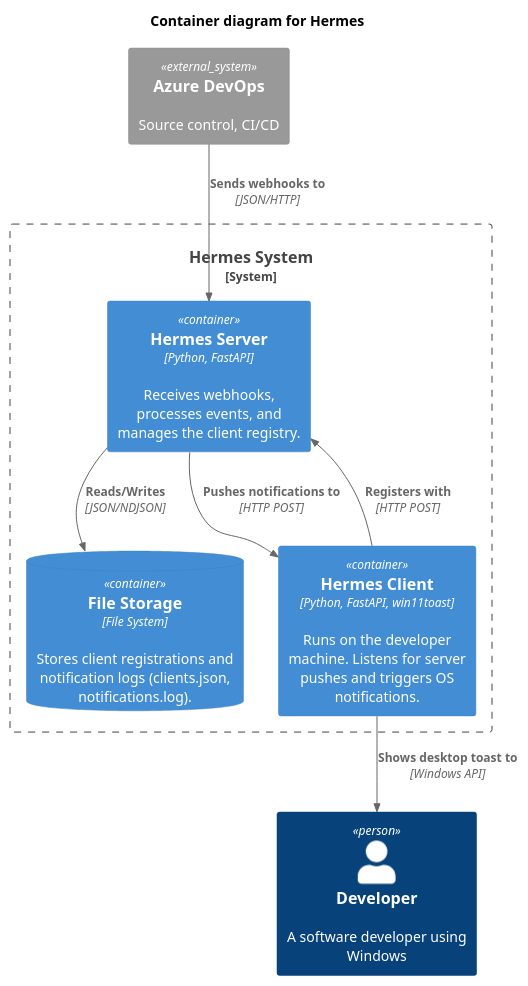
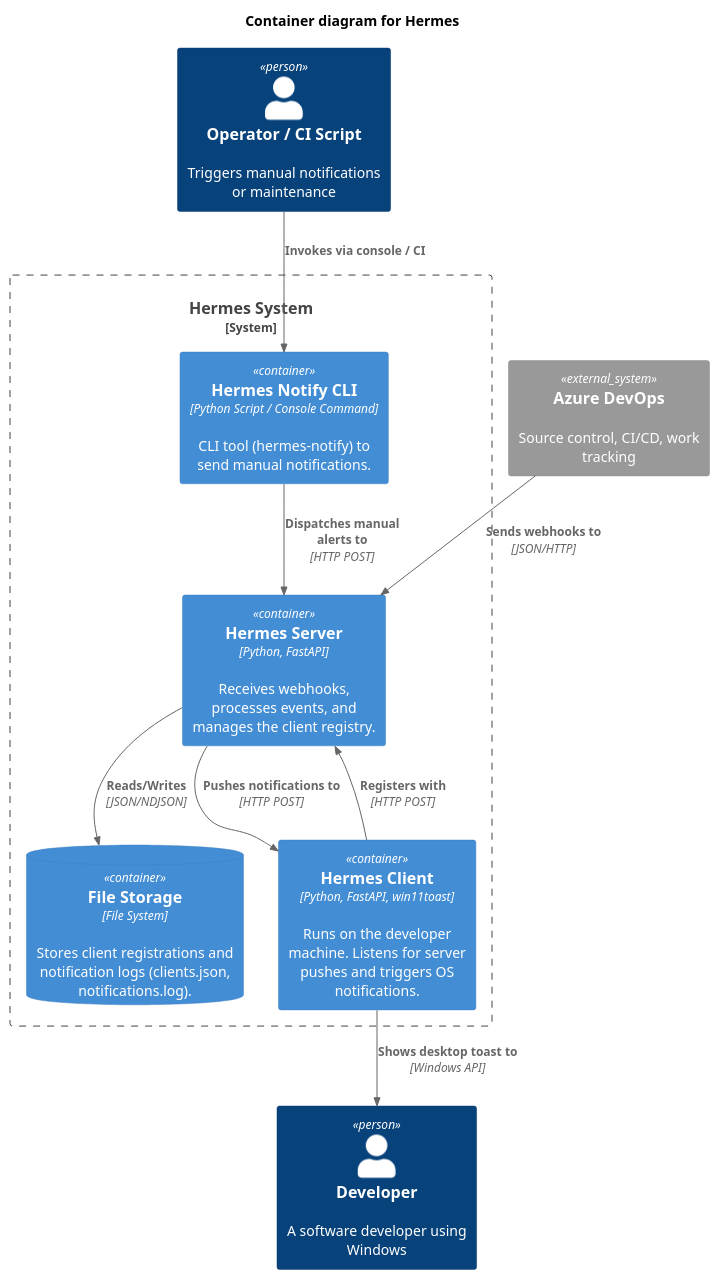
The diagram in design/container.puml (dcollison/hermes), drawn with PlantUML before and after one commit. The commit also changed 28 other files, not shown here.

```diff
--- a/design/container.puml
+++ b/design/container.puml
@@ -1,20 +1,24 @@
 @startuml
 !include https://raw.githubusercontent.com/plantuml-stdlib/C4-PlantUML/master/C4_Container.puml
 
 title Container diagram for Hermes
 
 Person(dev, "Developer", "A software developer using Windows")
-System_Ext(ado, "Azure DevOps", "Source control, CI/CD")
+Person(operator, "Operator / CI Script", "Triggers manual notifications or maintenance")
+System_Ext(ado, "Azure DevOps", "Source control, CI/CD, work tracking")
 
 System_Boundary(hermes, "Hermes System") {
     Container(server, "Hermes Server", "Python, FastAPI", "Receives webhooks, processes events, and manages the client registry.")
     ContainerDb(db, "File Storage", "File System", "Stores client registrations and notification logs (clients.json, notifications.log).")
     Container(client, "Hermes Client", "Python, FastAPI, win11toast", "Runs on the developer machine. Listens for server pushes and triggers OS notifications.")
+    Container(cli, "Hermes Notify CLI", "Python Script / Console Command", "CLI tool (hermes-notify) to send manual notifications.")
 }
 
 Rel(ado, server, "Sends webhooks to", "JSON/HTTP")
 Rel(server, db, "Reads/Writes", "JSON/NDJSON")
 Rel(client, server, "Registers with", "HTTP POST")
 Rel(server, client, "Pushes notifications to", "HTTP POST")
 Rel(client, dev, "Shows desktop toast to", "Windows API")
+Rel(operator, cli, "Invokes via console / CI")
+Rel(cli, server, "Dispatches manual alerts to", "HTTP POST")
 @enduml
```
